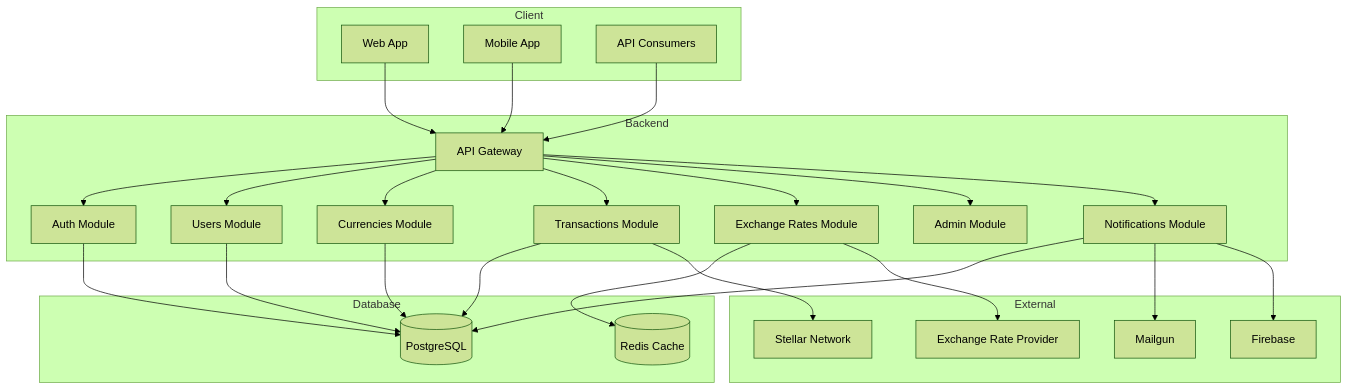
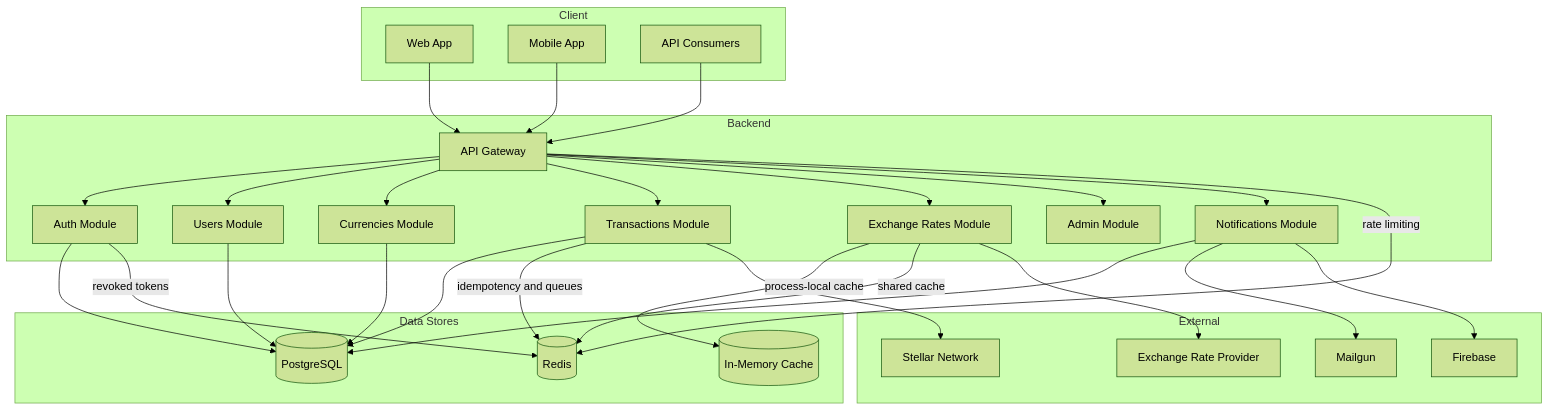
Before and after one commit to Nexacore-Org/NexaFx-backend: the diagram in README.md, drawn with Mermaid (forest theme). The commit also changed other lines of this file and 15 other files, not shown here.

````diff
--- a/README.md
+++ b/README.md
@@ -19,55 +19,60 @@
 ```mermaid
 flowchart TD
     subgraph Client
         Web[Web App]
         Mobile[Mobile App]
         API[API Consumers]
     end
 
     subgraph Backend
         Gateway[API Gateway]
         Auth[Auth Module]
         Users[Users Module]
         Currencies[Currencies Module]
         Transactions[Transactions Module]
         ExchangeRates[Exchange Rates Module]
         Admin[Admin Module]
         Notifications[Notifications Module]
     end
 
-    subgraph Database
+    subgraph Data Stores
         PostgreSQL[(PostgreSQL)]
-        Redis[(Redis Cache)]
+        Redis[(Redis)]
+        InMemoryCache[(In-Memory Cache)]
     end
 
     subgraph External
         Stellar[Stellar Network]
         Mailgun[Mailgun]
         Firebase[Firebase]
         RateProvider[Exchange Rate Provider]
     end
 
     Web --> Gateway
     Mobile --> Gateway
     API --> Gateway
     
     Gateway --> Auth
     Gateway --> Users
     Gateway --> Currencies
     Gateway --> Transactions
     Gateway --> ExchangeRates
     Gateway --> Admin
     Gateway --> Notifications
     
+    Gateway -->|rate limiting| Redis
     Auth --> PostgreSQL
+    Auth -->|revoked tokens| Redis
     Users --> PostgreSQL
     Currencies --> PostgreSQL
     Transactions --> PostgreSQL
-    ExchangeRates --> Redis
+    Transactions -->|idempotency and queues| Redis
+    ExchangeRates -->|process-local cache| InMemoryCache
+    ExchangeRates -->|shared cache| Redis
     Notifications --> PostgreSQL
     
     Transactions --> Stellar
     Notifications --> Mailgun
     Notifications --> Firebase
     ExchangeRates --> RateProvider
 ```
````
